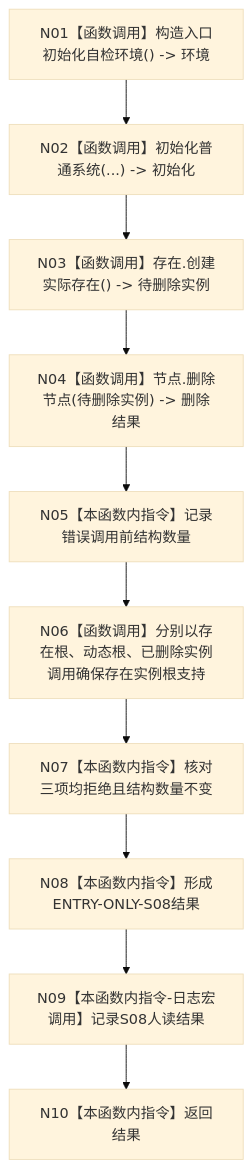
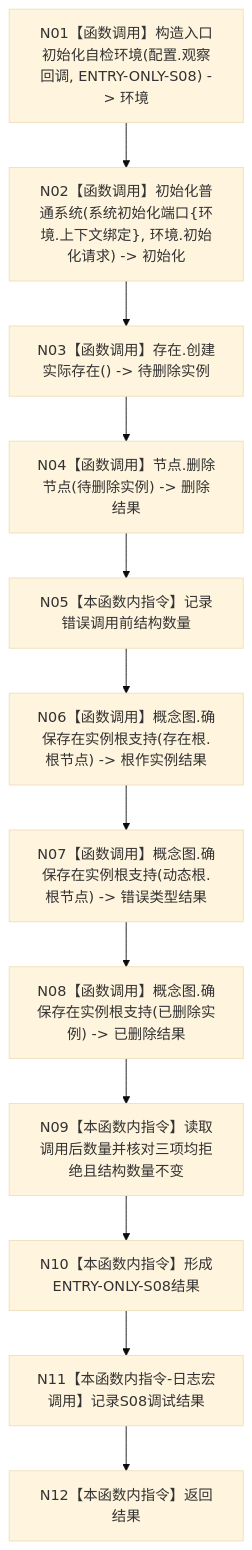
One commit to chunhaizh-cyber/HY-Ego changed the diagram in 流程图/20260726_ENTRY-ONLY_S08_存在根支持拒绝_施工流程图_v0.1.md. Above: the diagram before and after it, drawn with Mermaid (base theme). The commit also changed other lines of this file and 54 other files, not shown here.

Commit message:
修订 ENTRY-ONLY 入口职责设计包

````diff
--- a/流程图/20260726_ENTRY-ONLY_S08_存在根支持拒绝_施工流程图_v0.1.md
+++ b/流程图/20260726_ENTRY-ONLY_S08_存在根支持拒绝_施工流程图_v0.1.md
@@ -27,12 +27,14 @@
 ```mermaid
 flowchart TD
-    N01["N01【函数调用】构造入口初始化自检环境() -> 环境"] --> N02["N02【函数调用】初始化普通系统(...) -> 初始化"]
+    N01["N01【函数调用】构造入口初始化自检环境(配置.观察回调, ENTRY-ONLY-S08) -> 环境"] --> N02["N02【函数调用】初始化普通系统(系统初始化端口{环境.上下文绑定}, 环境.初始化请求) -> 初始化"]
     N02 --> N03["N03【函数调用】存在.创建实际存在() -> 待删除实例"]
     N03 --> N04["N04【函数调用】节点.删除节点(待删除实例) -> 删除结果"]
     N04 --> N05["N05【本函数内指令】记录错误调用前结构数量"]
-    N05 --> N06["N06【函数调用】分别以存在根、动态根、已删除实例调用确保存在实例根支持"]
-    N06 --> N07["N07【本函数内指令】核对三项均拒绝且结构数量不变"]
-    N07 --> N08["N08【本函数内指令】形成ENTRY-ONLY-S08结果"]
-    N08 --> N09["N09【本函数内指令-日志宏调用】记录S08人读结果"]
-    N09 --> N10["N10【本函数内指令】返回结果"]
+    N05 --> N06["N06【函数调用】概念图.确保存在实例根支持(存在根.根节点) -> 根作实例结果"]
+    N06 --> N07["N07【函数调用】概念图.确保存在实例根支持(动态根.根节点) -> 错误类型结果"]
+    N07 --> N08["N08【函数调用】概念图.确保存在实例根支持(已删除实例) -> 已删除结果"]
+    N08 --> N09["N09【本函数内指令】读取调用后数量并核对三项均拒绝且结构数量不变"]
+    N09 --> N10["N10【本函数内指令】形成ENTRY-ONLY-S08结果"]
+    N10 --> N11["N11【本函数内指令-日志宏调用】记录S08调试结果"]
+    N11 --> N12["N12【本函数内指令】返回结果"]
 ```
````
